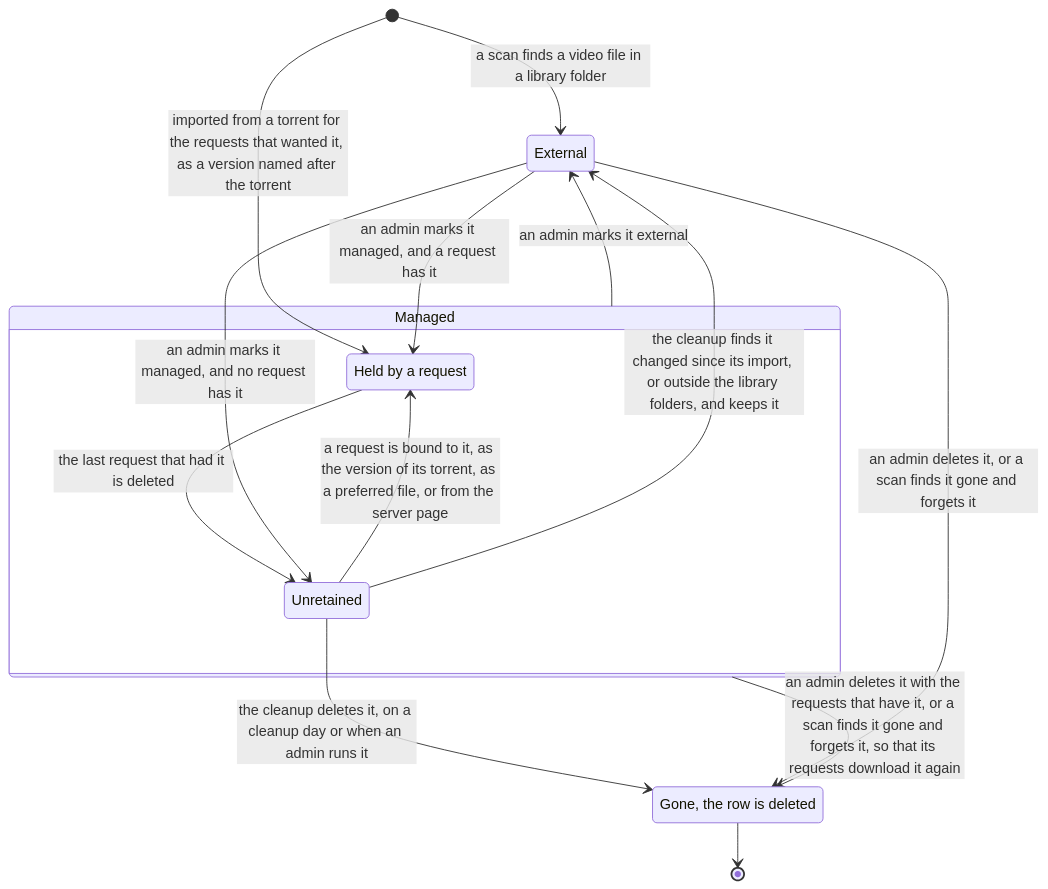
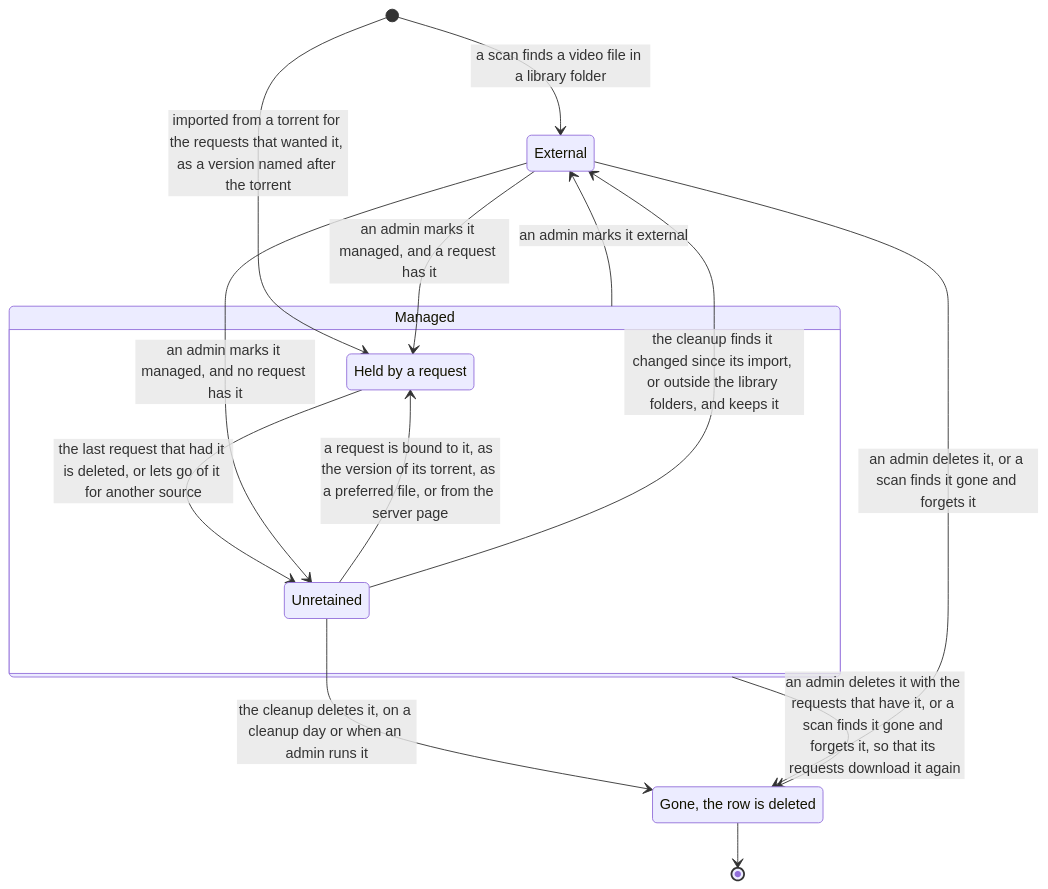
Before and after one commit to aleksilassila/reiverr: the fifth of 5 diagrams in docs/backend-architecture.md, drawn with Mermaid. The commit also changed other lines of this file and 28 other files, not shown here.

````diff
--- a/docs/backend-architecture.md
+++ b/docs/backend-architecture.md
@@ -149,22 +154,22 @@
 ```mermaid
 stateDiagram-v2
   state "External" as external
   state "Gone, the row is deleted" as gone
   state "Managed" as managed {
     state "Held by a request" as held
     state "Unretained" as unretained
     unretained --> held: a request is bound to it, as the version of its torrent, as a preferred file, or from the server page
-    held --> unretained: the last request that had it is deleted
+    held --> unretained: the last request that had it is deleted, or lets go of it for another source
   }
 
   [*] --> external: a scan finds a video file in a library folder
   [*] --> held: imported from a torrent for the requests that wanted it, as a version named after the torrent
   external --> held: an admin marks it managed, and a request has it
   external --> unretained: an admin marks it managed, and no request has it
   managed --> external: an admin marks it external
   unretained --> external: the cleanup finds it changed since its import, or outside the library folders, and keeps it
   unretained --> gone: the cleanup deletes it, on a cleanup day or when an admin runs it
   managed --> gone: an admin deletes it with the requests that have it, or a scan finds it gone and forgets it, so that its requests download it again
   external --> gone: an admin deletes it, or a scan finds it gone and forgets it
   gone --> [*]
 ```
````
